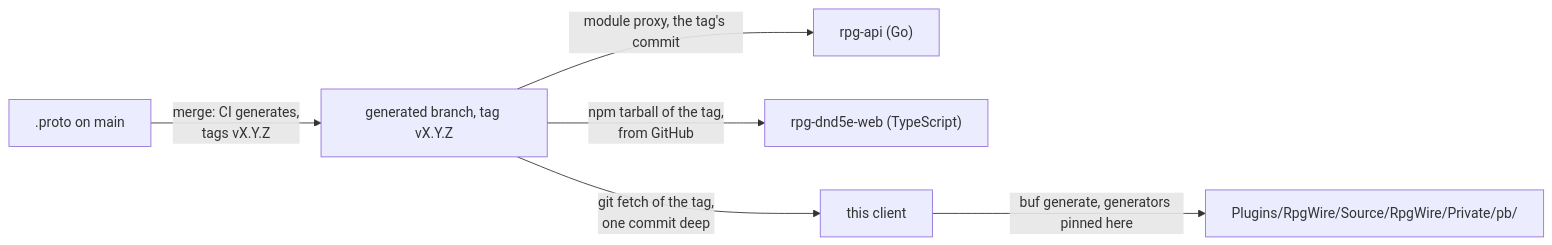
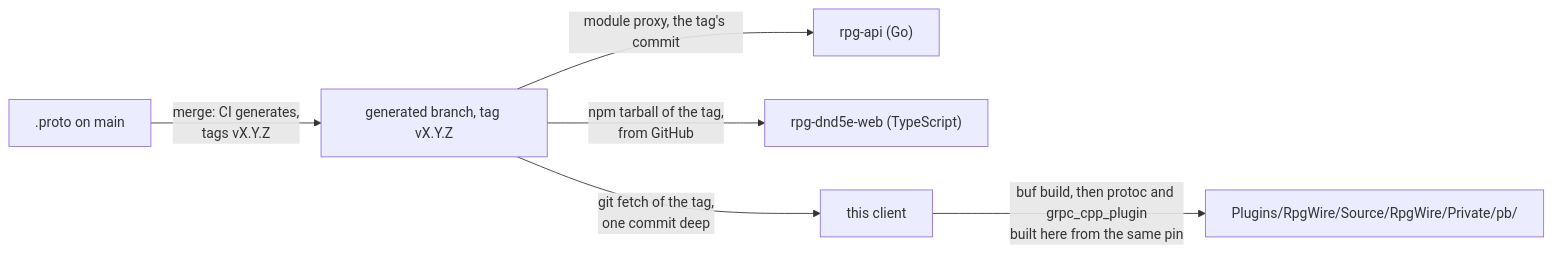
One commit to KirkDiggler/rpg-dnd5e-unreal changed the diagram in README.md. Above: the diagram before and after it, drawn with Mermaid. The commit also changed other lines of this file and 13 other files, not shown here.

````diff
--- a/README.md
+++ b/README.md
@@ -97,8 +97,8 @@
 ```mermaid
 flowchart LR
     M[".proto on main"] -->|"merge: CI generates,<br/>tags vX.Y.Z"| T["generated branch, tag vX.Y.Z"]
     T -->|"module proxy, the tag's commit"| A["rpg-api (Go)"]
     T -->|"npm tarball of the tag,<br/>from GitHub"| W["rpg-dnd5e-web (TypeScript)"]
     T -->|"git fetch of the tag,<br/>one commit deep"| U["this client"]
-    U -->|"buf generate, generators pinned here"| P["Plugins/RpgWire/Source/RpgWire/Private/pb/"]
+    U -->|"buf build, then protoc and grpc_cpp_plugin<br/>built here from the same pin"| P["Plugins/RpgWire/Source/RpgWire/Private/pb/"]
 ```
````
